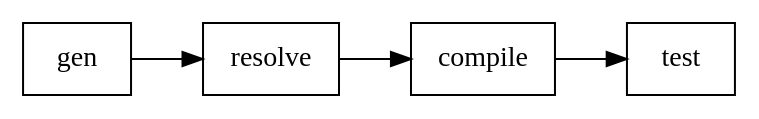
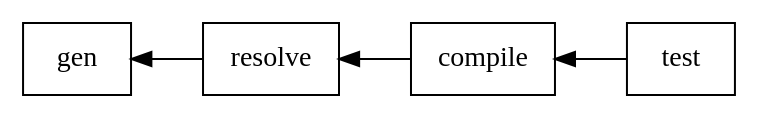
One commit to pantsbuild/pants changed the diagram in src/python/pants/docs/goals_graph_test.dot. Above: the diagram before and after it, drawn with Graphviz. The commit also changed 1 other file, not shown here.

```diff
--- a/src/python/pants/docs/goals_graph_test.dot
+++ b/src/python/pants/docs/goals_graph_test.dot
@@ -1,5 +1,5 @@
 digraph G {
-  rankdir=LR;
+  rankdir=RL;
   node [shape=box];
-  gen -> resolve -> compile -> test;
+  test -> compile -> resolve -> gen;
 }
```
